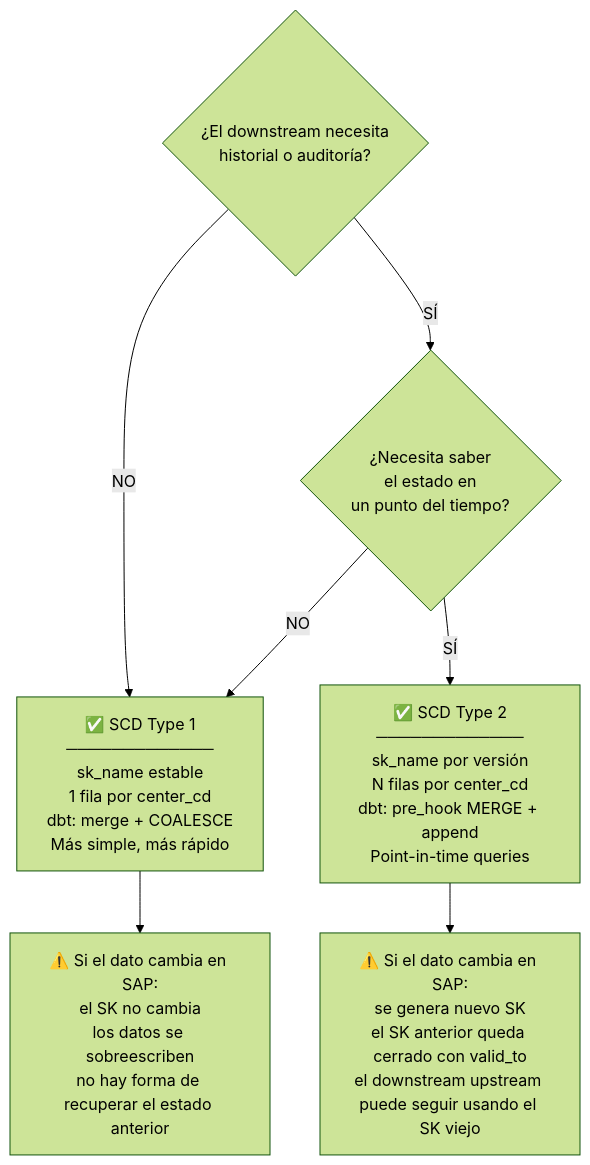
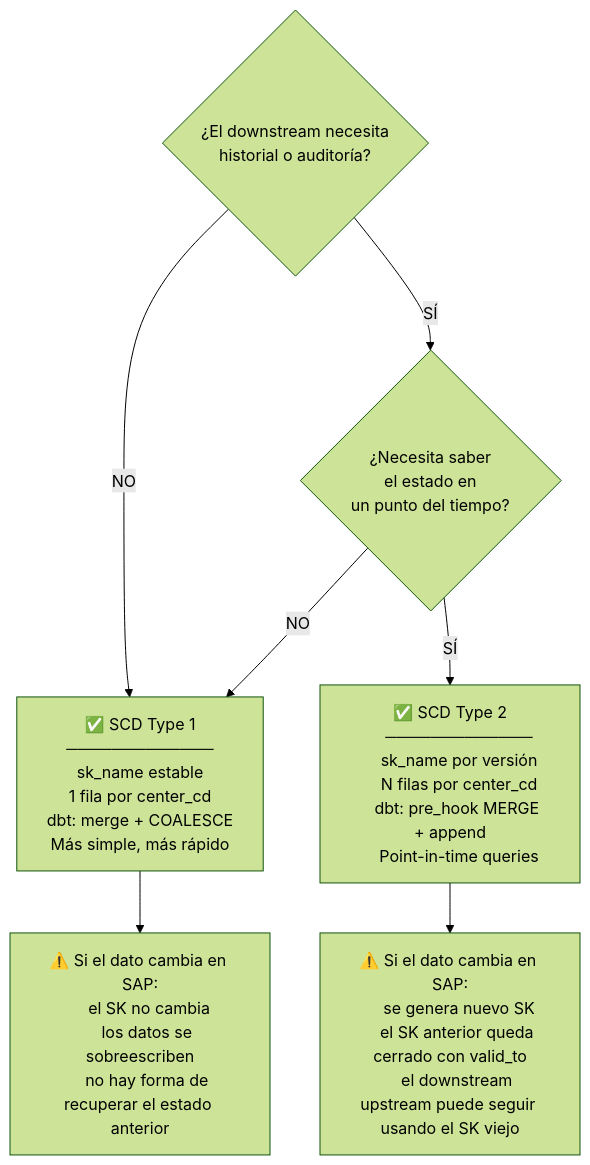
The sixth of 6 diagrams in EXAMPLES.md (rafarngt/poc-iceberg-dbt-uudis), drawn with Mermaid (forest theme) before and after one commit.

````diff
--- a/EXAMPLES.md
+++ b/EXAMPLES.md
@@ -414,13 +414,32 @@
 ```mermaid
 flowchart TD
-    Q1{"¿El downstream necesita\nhistorial o auditoría?"}
+    Q1{"¿El downstream necesita
+    historial o auditoría?"}
 
-    Q1 -- NO --> SCD1["✅ SCD Type 1\n─────────────\nsk_name estable\n1 fila por center_cd\ndbt: merge + COALESCE\nMás simple, más rápido"]
-    Q1 -- SÍ --> Q2{"¿Necesita saber\nel estado en\nun punto del tiempo?"}
+    Q1 -- NO --> SCD1["✅ SCD Type 1
+    ─────────────
+    sk_name estable
+    1 fila por center_cd
+    dbt: merge + COALESCE
+    Más simple, más rápido"]
+    Q1 -- SÍ --> Q2{"¿Necesita saber
+    el estado en
+    un punto del tiempo?"}
 
-    Q2 -- SÍ --> SCD2["✅ SCD Type 2\n─────────────\nsk_name por versión\nN filas por center_cd\ndbt: pre_hook MERGE + append\nPoint-in-time queries"]
+    Q2 -- SÍ --> SCD2["✅ SCD Type 2
+    ─────────────
+    sk_name por versión
+    N filas por center_cd
+    dbt: pre_hook MERGE + append
+    Point-in-time queries"]
     Q2 -- NO --> SCD1
 
-    SCD1 --> NOTE1["⚠️ Si el dato cambia en SAP:\nel SK no cambia\nlos datos se sobreescriben\nno hay forma de recuperar el estado anterior"]
-    SCD2 --> NOTE2["⚠️ Si el dato cambia en SAP:\nse genera nuevo SK\nel SK anterior queda cerrado con valid_to\nel downstream upstream puede seguir usando el SK viejo"]
+    SCD1 --> NOTE1["⚠️ Si el dato cambia en SAP:
+    el SK no cambia
+    los datos se sobreescriben
+    no hay forma de recuperar el estado anterior"]
+    SCD2 --> NOTE2["⚠️ Si el dato cambia en SAP:
+    se genera nuevo SK
+    el SK anterior queda cerrado con valid_to
+    el downstream upstream puede seguir usando el SK viejo"]
 ```
````
